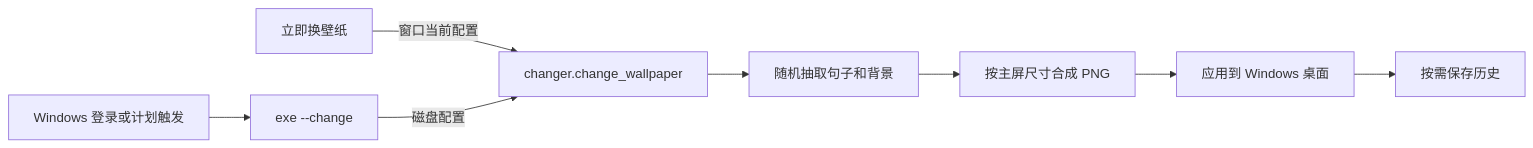
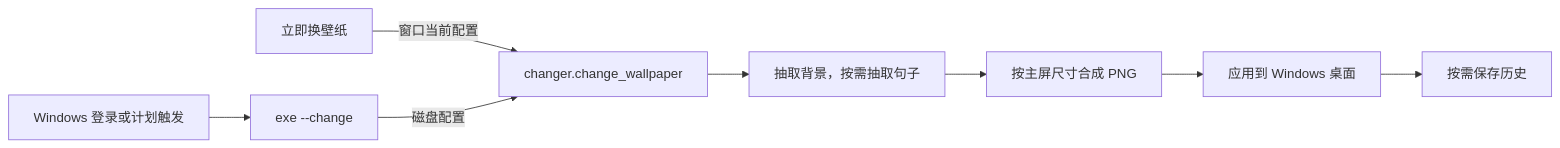
Before and after one commit to jc371115833-cmd/hope-casement: the diagram in docs/architecture/overview.md, drawn with Mermaid. The commit also changed other lines of this file and 16 other files, not shown here.

````diff
--- a/docs/architecture/overview.md
+++ b/docs/architecture/overview.md
@@ -5,10 +5,10 @@
 ```mermaid
 flowchart LR
     UI["立即换壁纸"] -->|窗口当前配置| Change["changer.change_wallpaper"]
     Win["Windows 登录或计划触发"] --> CLI["exe --change"]
     CLI -->|磁盘配置| Change
-    Change --> Inputs["随机抽取句子和背景"]
+    Change --> Inputs["抽取背景，按需抽取句子"]
     Inputs --> Render["按主屏尺寸合成 PNG"]
     Render --> Desktop["应用到 Windows 桌面"]
     Desktop --> History["按需保存历史"]
 ```
````
